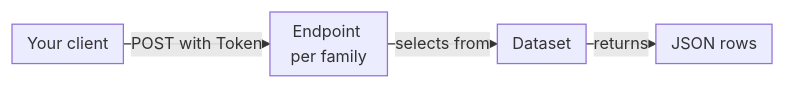
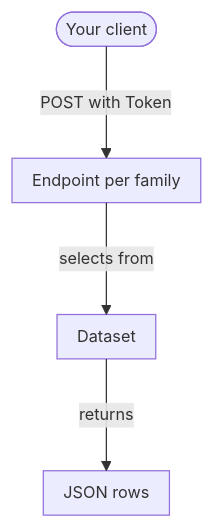
Before and after one commit to aziontech/docs: the diagram in apps/docs/src/content/docs/en/pages/devtools/api-graphql/overview/overview.mdx, drawn with Mermaid. The commit also changed 179 other files, not shown here.

Commit message:
docs(diagrams): redraw every other diagram in the use-case diagram style (#2513)

````diff
--- a/apps/docs/src/content/docs/en/pages/devtools/api-graphql/overview/overview.mdx
+++ b/apps/docs/src/content/docs/en/pages/devtools/api-graphql/overview/overview.mdx
@@ -36,7 +36,7 @@
 ```mermaid
-%%{init: {"layout": "dagre", "themeVariables": {"fontSize": "13px"}, "flowchart": {"nodeSpacing": 12, "rankSpacing": 12, "padding": 6, "wrappingWidth": 70, "minNodeWidth": 40, "useMaxWidth": true}}}%%
-flowchart LR
-  Client["Your client"] -->|"POST with Token"| Endpoint["Endpoint per family"]
+%%{init: {"layout": "elk", "themeVariables": {"fontSize": "13px"}, "flowchart": {"nodeSpacing": 24, "rankSpacing": 36, "padding": 8, "wrappingWidth": 150, "useMaxWidth": true}, "sequence": {"width": 120, "actorMargin": 30, "useMaxWidth": true}}}%%
+flowchart TD
+  Client(["Your client"]) -->|"POST with Token"| Endpoint["Endpoint per family"]
   Endpoint -->|"selects from"| Dataset["Dataset"]
   Dataset -->|"returns"| Rows["JSON rows"]
 ```
````
